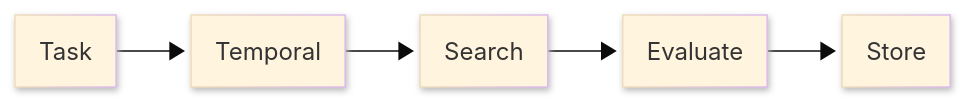
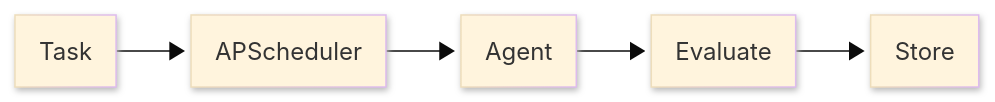
One commit to prassanna-ravishankar/torale changed the diagram in docs-site/index.md. Above: the diagram before and after it, drawn with Mermaid. The commit also changed other lines of this file and 22 other files, not shown here.

Commit message:
docs: purge all Temporal/Gemini references, update for agent architecture

````diff
--- a/docs-site/index.md
+++ b/docs-site/index.md
@@ -46,15 +46,15 @@
 ```mermaid
 ---
 config:
   look: neo
   theme: base
 ---
 flowchart LR
     A[Task]
-    B[Temporal]
-    C[Search]
+    B[APScheduler]
+    C[Agent]
     D[Evaluate]
     E[Store]
 
     A --> B --> C --> D --> E
 ```
````
